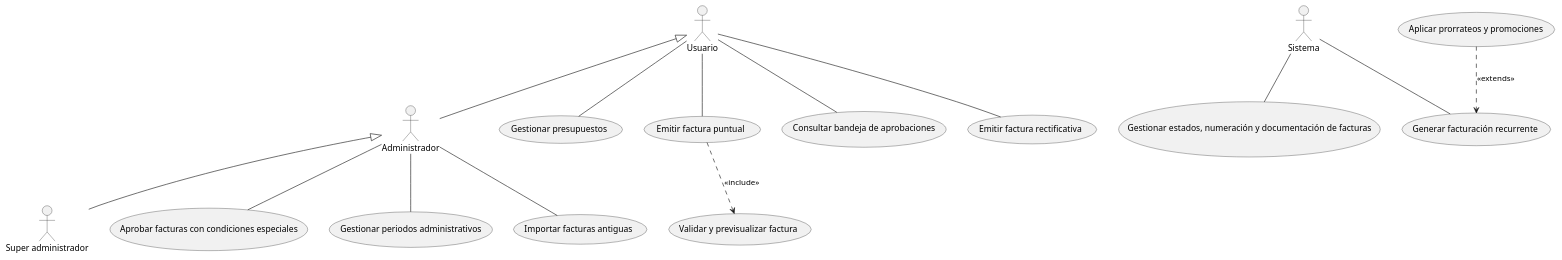
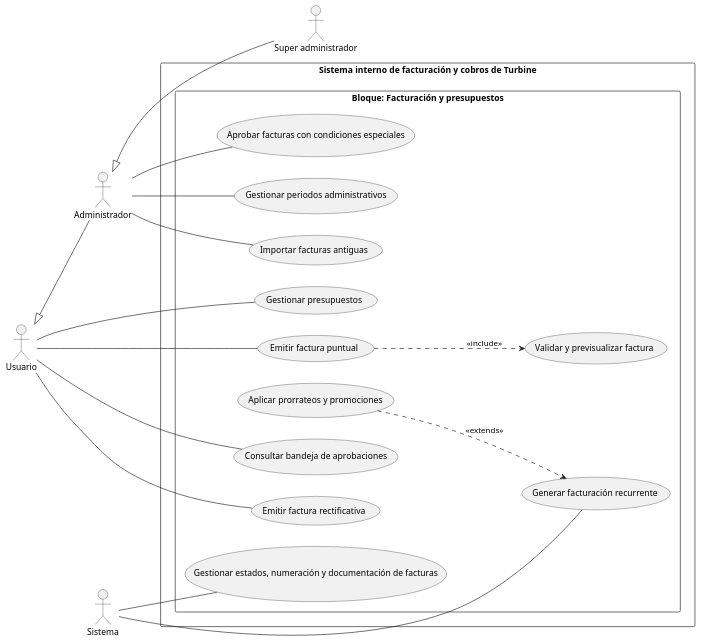
Before and after one commit to Daniii004/Grupo-Leibniz: the diagram in Casos de uso/DiagramaCasos4.puml, drawn with PlantUML. The commit also changed 6 other files, not shown here.

Commit message:
Arreglos para que todos los diagramas tengan el mismo formato

```diff
--- a/Casos de uso/DiagramaCasos4.puml
+++ b/Casos de uso/DiagramaCasos4.puml
@@ -1,60 +1,66 @@
 @startuml
+left to right direction
+skinparam packageStyle rectangle
 
 ' --- ACTORES---
 actor :Super administrador: as superadmin
 actor :Administrador: as admin
 actor :Usuario: as user
 actor :Sistema: as system
 
 ' Herencia de permisos: Un admin puede hacer lo de user y un superadmin puede hacer lo de admin
 user <|-- admin
 admin <|-- superadmin
 
-' --- CASOS DE USO ---
+rectangle "Sistema interno de facturación y cobros de Turbine" {
 
-' Presupuestos (FR13)
-usecase "Gestionar presupuestos" as gestionarPresupuestos
+    package "Bloque: Facturación y presupuestos" {
 
-' Facturación puntual y recurrente (FR14 y FR15)
-usecase "Emitir factura puntual" as emitirFacturaPuntual
-usecase "Generar facturación recurrente" as facturacionRecurrente
-usecase "Aplicar prorrateos y promociones" as aplicarProrrateos
+        ' Presupuestos (FR13)
+        usecase "Gestionar presupuestos" as gestionarPresupuestos
 
-' Aprobaciones de facturas (FR16)
-usecase "Consultar bandeja de aprobaciones" as consultarAprobaciones
-usecase "Aprobar facturas con condiciones especiales" as aprobarFacturas
+        ' Facturación puntual y recurrente (FR14 y FR15)
+        usecase "Emitir factura puntual" as emitirFacturaPuntual
+        usecase "Generar facturación recurrente" as facturacionRecurrente
+        usecase "Aplicar prorrateos y promociones" as aplicarProrrateos
 
-' Validación y previsualización (FR17)
-usecase "Validar y previsualizar factura" as validarFactura
+        ' Aprobaciones de facturas (FR16)
+        usecase "Consultar bandeja de aprobaciones" as consultarAprobaciones
+        usecase "Aprobar facturas con condiciones especiales" as aprobarFacturas
 
-' Estados y documentación de las facturas (FR18)
-usecase "Gestionar estados, numeración y documentación de facturas" as gestionFacturas
+        ' Validación y previsualización (FR17)
+        usecase "Validar y previsualizar factura" as validarFactura
 
-' Rectificativas y periodos administrativos (FR19)
-usecase "Emitir factura rectificativa" as emitirRectificativa
-usecase "Gestionar periodos administrativos" as periodosAdmin
+        ' Estados y documentación de las facturas (FR18)
+        usecase "Gestionar estados, numeración y documentación de facturas" as gestionFacturas
 
-' Historial y migración (FR20)
-usecase "Importar facturas antiguas" as importarFacturas
+        ' Rectificativas y periodos administrativos (FR19)
+        usecase "Emitir factura rectificativa" as emitirRectificativa
+        usecase "Gestionar periodos administrativos" as periodosAdmin
+
+        ' Historial y migración (FR20)
+        usecase "Importar facturas antiguas" as importarFacturas
+    }
+}
 
 ' --- RELACIONES ---
 
 ' Usuario
 user -- gestionarPresupuestos
 user -- emitirFacturaPuntual
 user -- consultarAprobaciones
 user -- emitirRectificativa
 
 ' Administrador
 admin -- aprobarFacturas
 admin -- periodosAdmin
 admin -- importarFacturas
 
 ' Procesos automáticos (Sistema)
 system -- facturacionRecurrente
 system -- gestionFacturas
 
 ' Extensiones
 aplicarProrrateos ..> facturacionRecurrente : <<extends>>
 emitirFacturaPuntual ..> validarFactura : <<include>>
 @enduml
```
